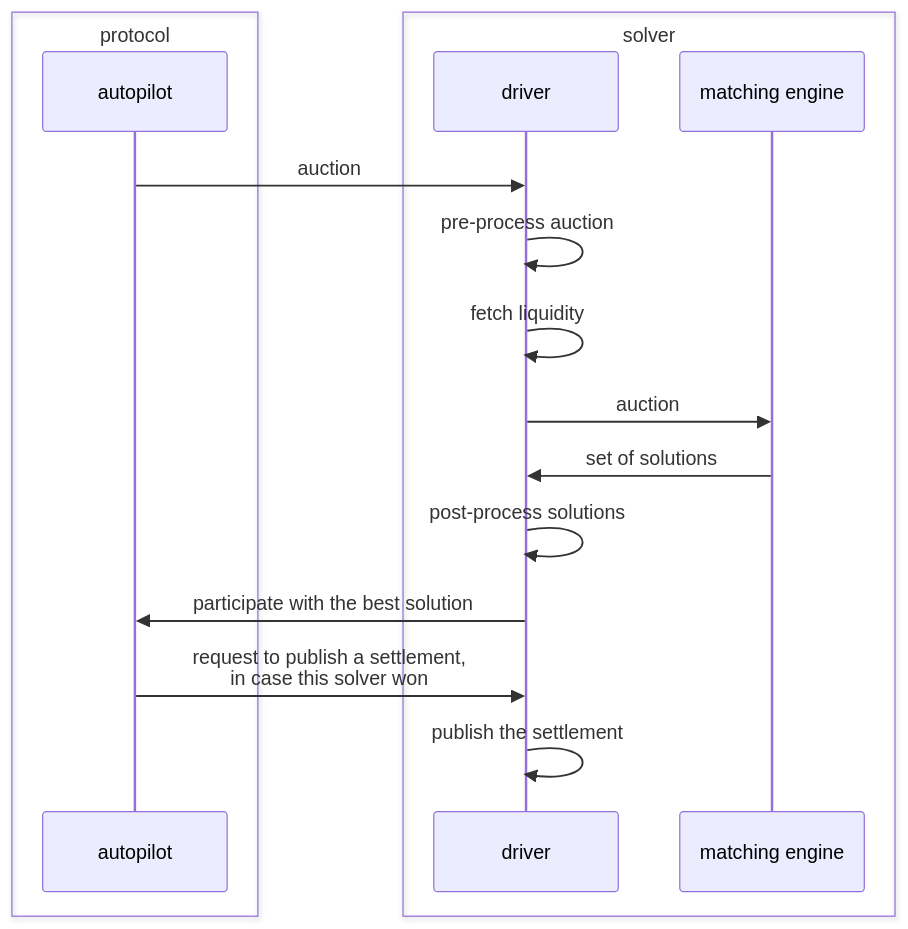
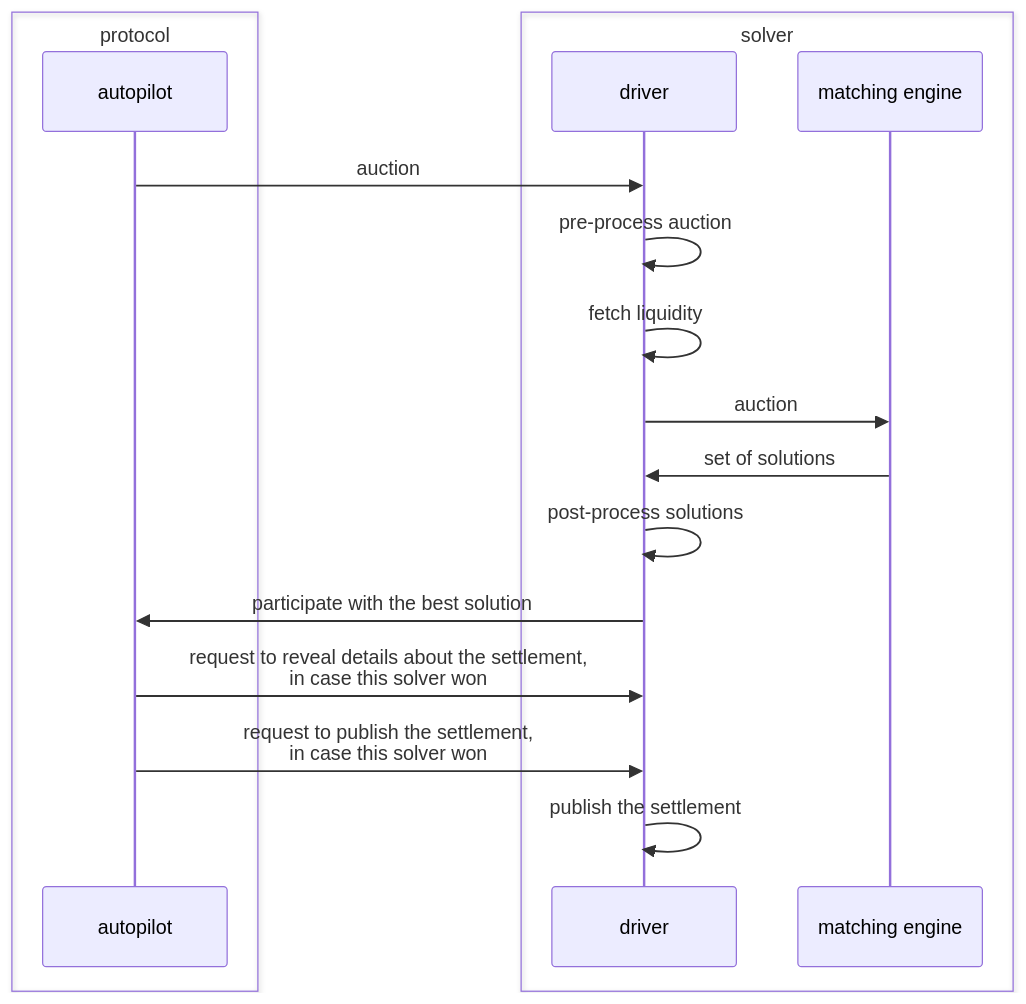
One commit to cowprotocol/docs changed the diagram in docs/cow-protocol/tutorials/arbitrate/driver.md. Above: the diagram before and after it, drawn with Mermaid. The commit also changed other lines of this file, not shown here.

````diff
--- a/docs/cow-protocol/tutorials/arbitrate/driver.md
+++ b/docs/cow-protocol/tutorials/arbitrate/driver.md
@@ -21,19 +21,20 @@
 ```mermaid
 sequenceDiagram
     box protocol
         participant autopilot
     end
     box solver
         participant driver
         participant matching engine
     end
     autopilot->>driver: auction
     driver->>driver: pre-process auction
     driver->>driver: fetch liquidity
     driver->>matching engine: auction
     matching engine->>driver: set of solutions
     driver->>driver: post-process solutions
     driver->>autopilot: participate with the best solution
-    autopilot->>driver: request to publish a settlement,<br>in case this solver won
+    autopilot->>driver: request to reveal details about the settlement,<br>in case this solver won
+    autopilot->>driver: request to publish the settlement,<br>in case this solver won
     driver->>driver: publish the settlement
 ```
````
